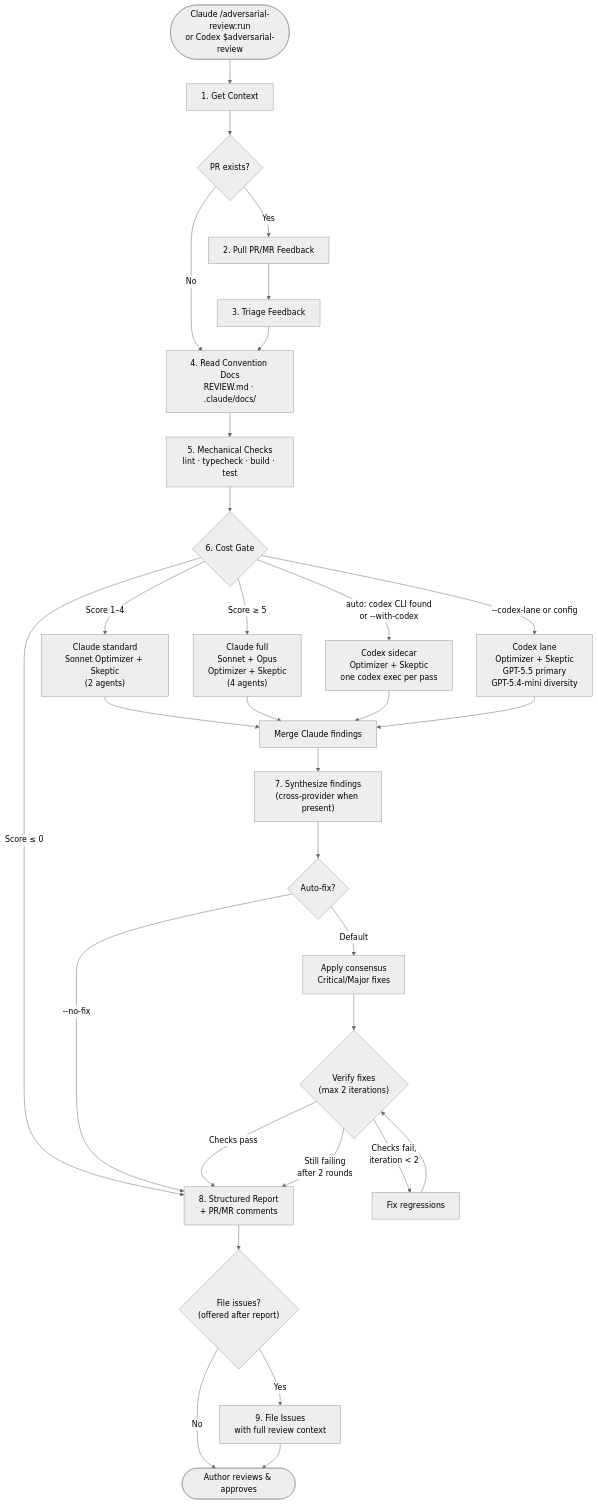
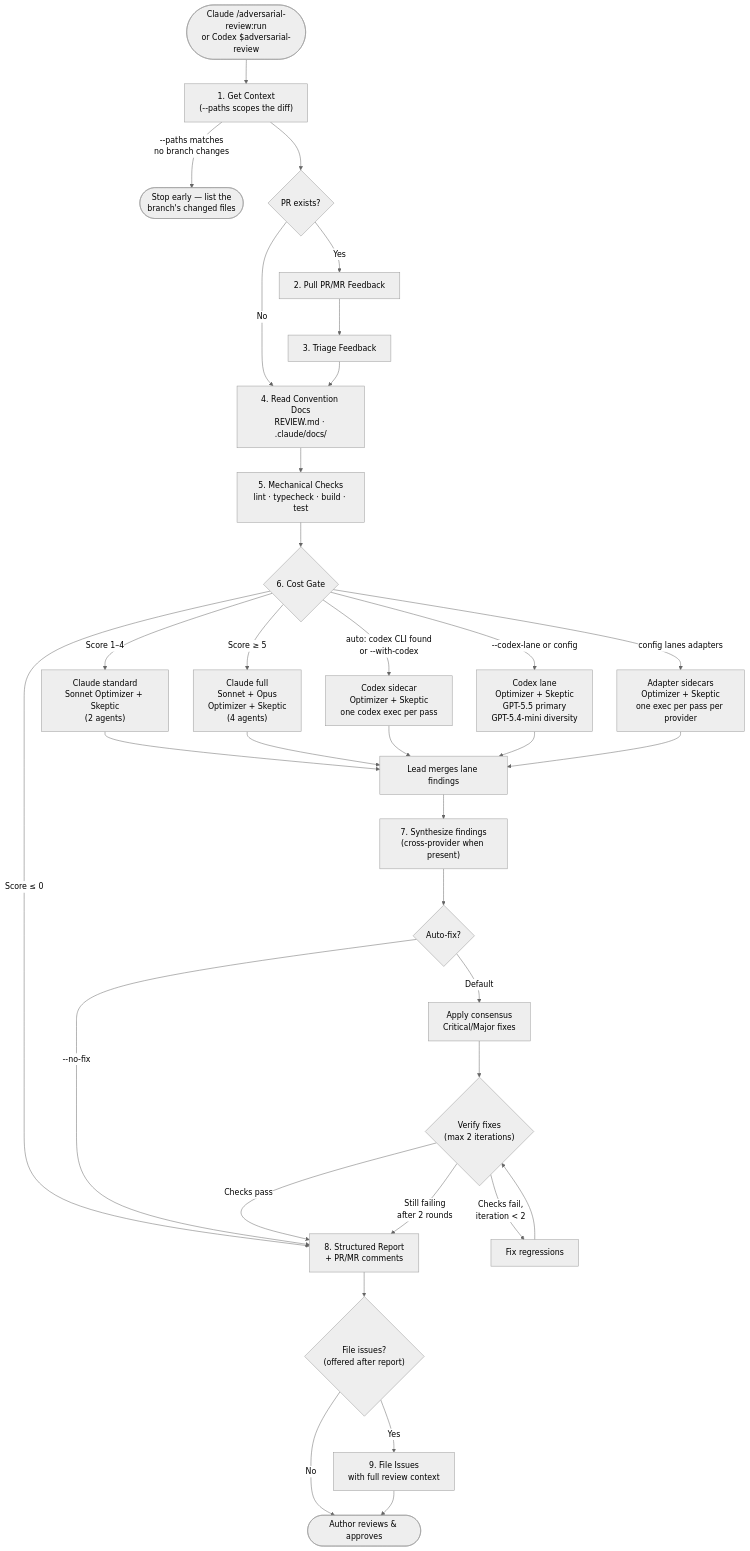
The first of 3 diagrams in README.md (ng/adversarial-review), drawn with Mermaid (neutral theme) before and after one commit. The commit also changed other lines of this file and 4 other files, not shown here.

First line of the commit message:
feat: add --paths review scoping and a cross-provider adapter registry (#32)

````diff
--- a/README.md
+++ b/README.md
@@ -208,30 +224,32 @@
 ```mermaid
 flowchart TD
-    Start(["Claude /adversarial-review:run<br/>or Codex $adversarial-review"]) --> Context["1. Get Context"]
+    Start(["Claude /adversarial-review:run<br/>or Codex $adversarial-review"]) --> Context["1. Get Context<br/>(--paths scopes the diff)"]
+    Context -->|"--paths matches<br/>no branch changes"| ScopeStop(["Stop early — list the<br/>branch's changed files"])
     Context --> PR{PR exists?}
     PR -->|Yes| Feedback["2. Pull PR/MR Feedback"]
     PR -->|No| Docs
     Feedback --> Triage["3. Triage Feedback"]
     Triage --> Docs["4. Read Convention Docs<br/>REVIEW.md · .claude/docs/"]
     Docs --> Mechanical["5. Mechanical Checks<br/>lint · typecheck · build · test"]
     Mechanical --> Gate{"6. Cost Gate"}
     Gate -->|"Score ≤ 0"| Report
     Gate -->|"Score 1–4"| Standard["Claude standard<br/>Sonnet Optimizer + Skeptic<br/>(2 agents)"]
     Gate -->|"Score ≥ 5"| Full["Claude full<br/>Sonnet + Opus<br/>Optimizer + Skeptic<br/>(4 agents)"]
     Gate -->|"auto: codex CLI found<br/>or --with-codex"| CodexSidecar["Codex sidecar<br/>Optimizer + Skeptic<br/>one codex exec per pass"]
     Gate -->|"--codex-lane or config"| CodexLaneRun["Codex lane<br/>Optimizer + Skeptic<br/>GPT-5.5 primary<br/>GPT-5.4-mini diversity"]
-    Standard & Full --> ProviderMerge["Merge Claude findings"]
-    CodexSidecar & CodexLaneRun --> ProviderMerge
+    Gate -->|"config lanes adapters"| AdapterLanes["Adapter sidecars<br/>Optimizer + Skeptic<br/>one exec per pass per provider"]
+    Standard & Full --> ProviderMerge["Lead merges lane findings"]
+    CodexSidecar & CodexLaneRun & AdapterLanes --> ProviderMerge
     ProviderMerge --> Synth["7. Synthesize findings<br/>(cross-provider when present)"]
     Synth --> ModeCheck{Auto-fix?}
     ModeCheck -->|"--no-fix"| Report
     ModeCheck -->|"Default"| Apply["Apply consensus<br/>Critical/Major fixes"]
     Apply --> Verify{"Verify fixes<br/>(max 2 iterations)"}
     Verify -->|"Checks pass"| Report
     Verify -->|"Checks fail,<br/>iteration < 2"| Fix["Fix regressions"] --> Verify
     Verify -->|"Still failing<br/>after 2 rounds"| Report
     Report["8. Structured Report<br/>+ PR/MR comments"] --> Issues{"File issues?<br/>(offered after report)"}
     Issues -->|Yes| File["9. File Issues<br/>with full review context"]
     Issues -->|No| Done
     File --> Done([Author reviews & approves])
 ```
````
